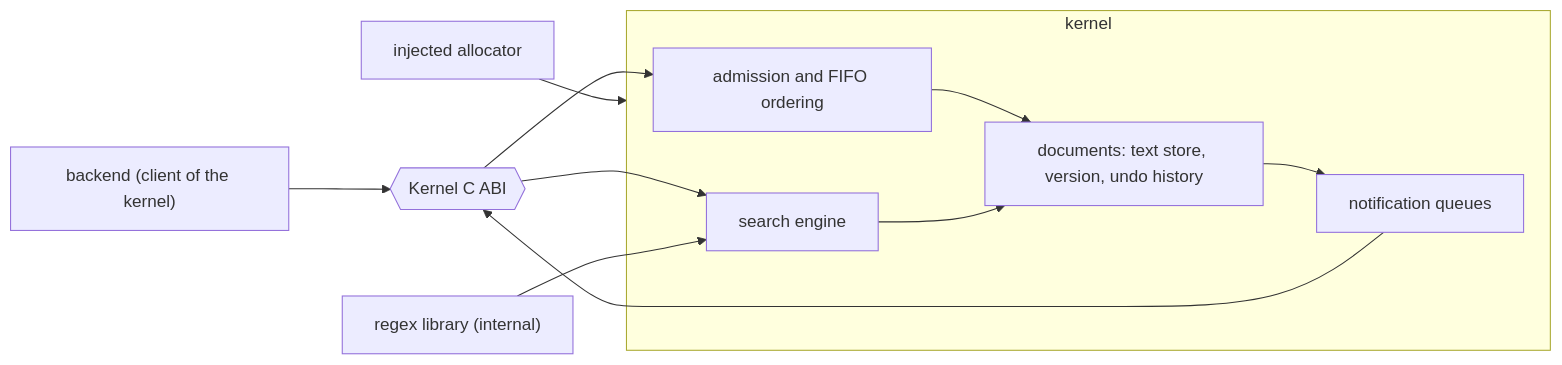
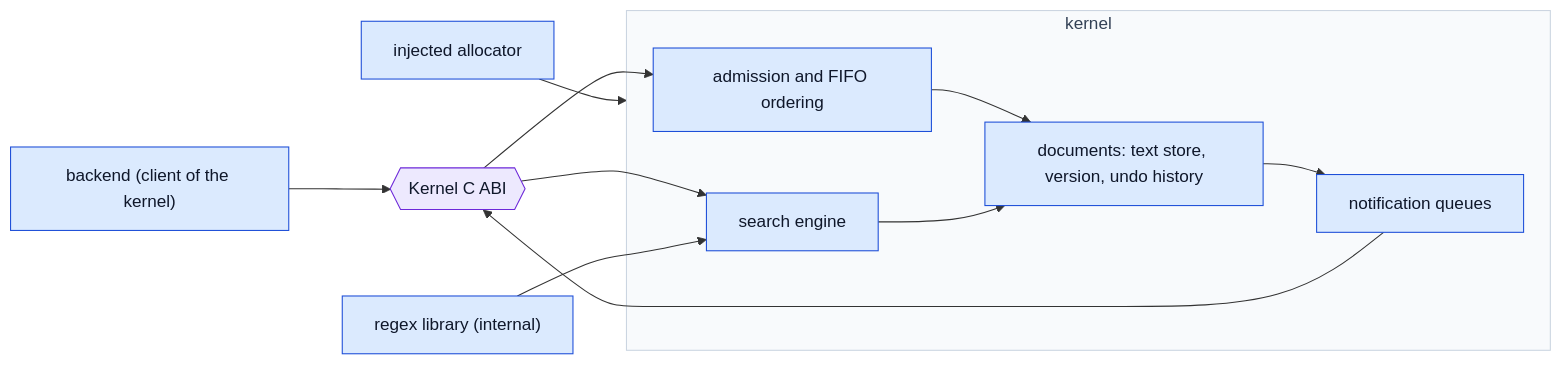
One commit to cdin-editor/spec changed the first of 2 diagrams in docs/kernel/overview.md. Above: the diagram before and after it, drawn with Mermaid. The commit also changed other lines of this file and 8 other files, not shown here.

````diff
--- a/docs/kernel/overview.md
+++ b/docs/kernel/overview.md
@@ -26,23 +26,29 @@
 ```mermaid
 flowchart LR
     BE["backend (client of the kernel)"]
     ABI{{"Kernel C ABI"}}
     subgraph K["kernel"]
         ADM["admission and FIFO ordering"]
         DOCS["documents: text store, version, undo history"]
         SRCH["search engine"]
         NOTE["notification queues"]
     end
     ALLOC["injected allocator"]
     REGEX["regex library (internal)"]
 
     BE --> ABI
     ABI --> ADM
     ADM --> DOCS
     ABI --> SRCH
     SRCH --> DOCS
     DOCS --> NOTE
     NOTE --> ABI
     ALLOC --> K
     REGEX --> SRCH
+    classDef comp fill:#dbeafe,stroke:#1d4ed8,color:#0f172a
+    classDef contract fill:#ede9fe,stroke:#6d28d9,color:#0f172a
+    classDef group fill:#f8fafc,stroke:#cbd5e1,color:#334155
+    class ADM,ALLOC,BE,DOCS,NOTE,REGEX,SRCH comp
+    class ABI contract
+    class K group
 ```
````
